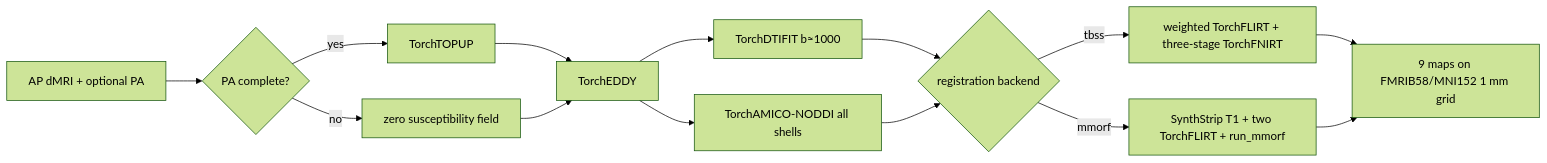
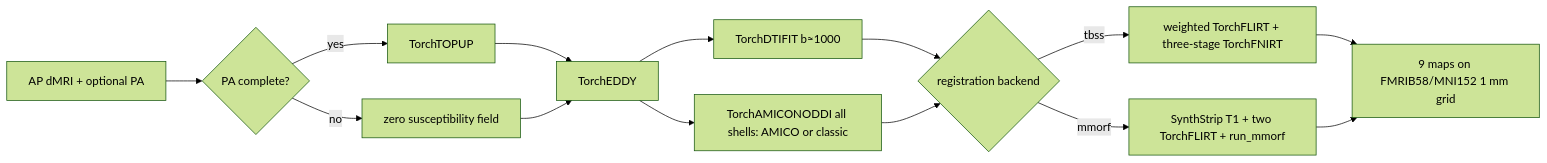
One commit to weikanggong1/Fudan-Neuroimaging-toolkit changed the diagram in docs/dmri_pipeline/README.md. Above: the diagram before and after it, drawn with Mermaid (forest theme). The commit also changed other lines of this file and 16 other files, not shown here.

Commit message:
Add continuous classic NODDI fitting and dMRI pipeline option

```diff
--- a/docs/dmri_pipeline/README.md
+++ b/docs/dmri_pipeline/README.md
@@ -7,16 +7,16 @@
 ~~~mermaid
 flowchart LR
   A[AP dMRI + optional PA] --> B{PA complete?}
   B -->|yes| C[TorchTOPUP]
   B -->|no| D[zero susceptibility field]
   C --> E[TorchEDDY]
   D --> E
   E --> F[TorchDTIFIT b≈1000]
-  E --> G[TorchAMICO-NODDI all shells]
+  E --> G[TorchAMICONODDI all shells: AMICO or classic]
   F --> H{registration backend}
   G --> H
   H -->|tbss| I[weighted TorchFLIRT + three-stage TorchFNIRT]
   H -->|mmorf| J[SynthStrip T1 + two TorchFLIRT + run_mmorf]
   I --> K[9 maps on FMRIB58/MNI152 1 mm grid]
   J --> K
 ~~~
```
